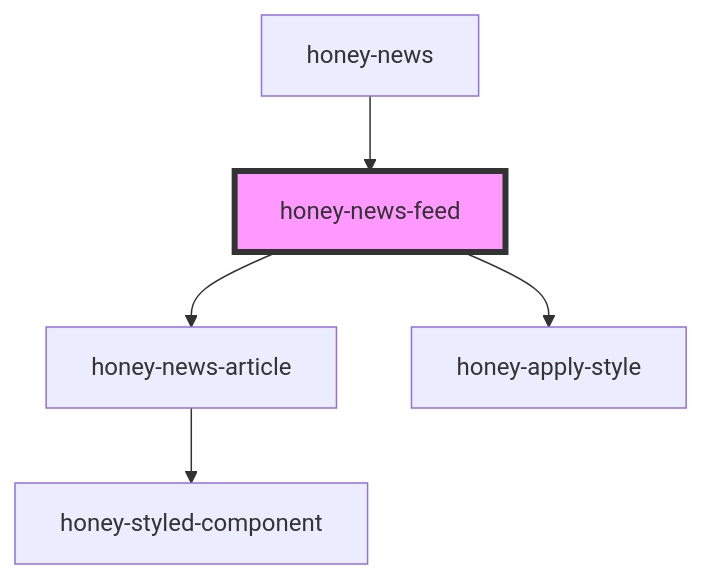
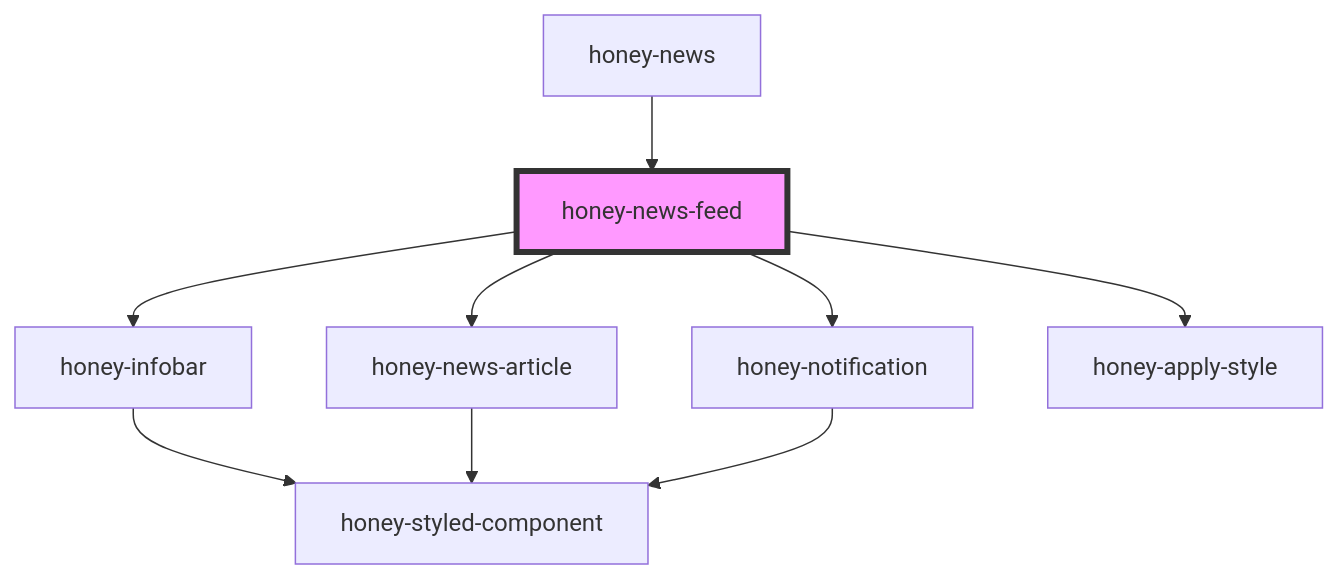
One commit to Huluvu424242/honey-news changed the diagram in src/components/honey-news/news/readme.md. Above: the diagram before and after it, drawn with Mermaid. The commit also changed other lines of this file and 20 other files, not shown here.

````diff
--- a/src/components/honey-news/news/readme.md
+++ b/src/components/honey-news/news/readme.md
@@ -41,8 +43,12 @@
 ```mermaid
 graph TD;
+  honey-news-feed --> honey-infobar
   honey-news-feed --> honey-news-article
+  honey-news-feed --> honey-notification
   honey-news-feed --> honey-apply-style
+  honey-infobar --> honey-styled-component
   honey-news-article --> honey-styled-component
+  honey-notification --> honey-styled-component
   honey-news --> honey-news-feed
   style honey-news-feed fill:#f9f,stroke:#333,stroke-width:4px
 ```
````
